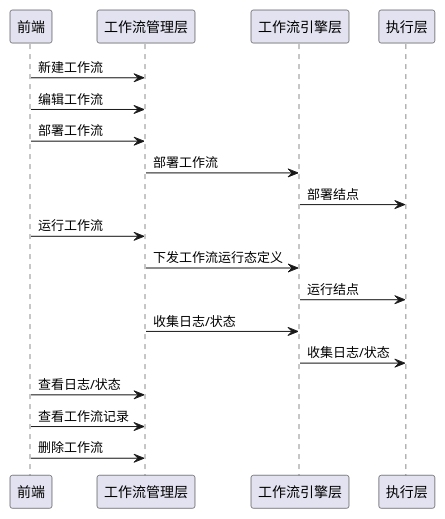
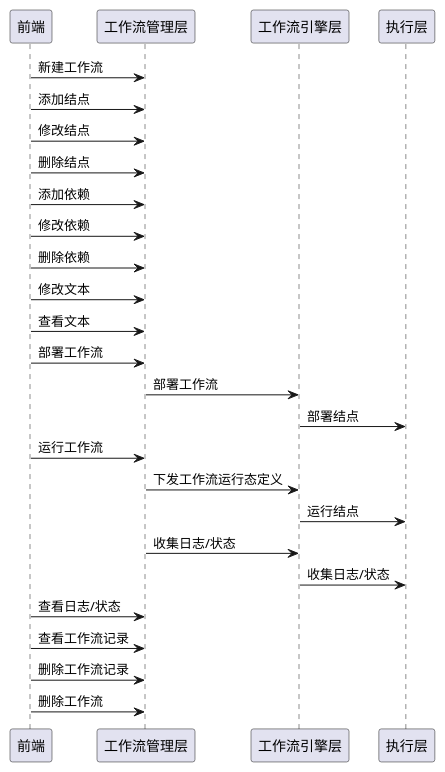
Before and after one commit to aganhui/test2: the first of 2 diagrams in src/site/notes/01-Diary/本周事务/工作流整体架构设计-v0.2.md, drawn with PlantUML. The commit also changed other lines of this file, not shown here.

````diff
--- a/src/site/notes/01-Diary/本周事务/工作流整体架构设计-v0.2.md
+++ b/src/site/notes/01-Diary/本周事务/工作流整体架构设计-v0.2.md
@@ -60,19 +60,27 @@
 ```plantuml
 participant 前端    as Foo2
 participant 工作流管理层     as Foo3
 participant 工作流引擎层           as Foo4
 participant 执行层    as Foo5
 Foo2 -> Foo3 : 新建工作流
-Foo2 -> Foo3 : 编辑工作流
+Foo2 -> Foo3 : 添加结点
+Foo2 -> Foo3 : 修改结点
+Foo2 -> Foo3 : 删除结点
+Foo2 -> Foo3 : 添加依赖
+Foo2 -> Foo3 : 修改依赖
+Foo2 -> Foo3 : 删除依赖
+Foo2 -> Foo3 : 修改文本
+Foo2 -> Foo3 : 查看文本
 Foo2 -> Foo3 : 部署工作流
 Foo3 -> Foo4 : 部署工作流
 Foo4 -> Foo5 : 部署结点
 Foo2 -> Foo3 : 运行工作流
 Foo3 -> Foo4 : 下发工作流运行态定义
 Foo4 -> Foo5 : 运行结点
 Foo3 -> Foo4 : 收集日志/状态
 Foo4 -> Foo5 : 收集日志/状态
 Foo2 -> Foo3 : 查看日志/状态
 Foo2 -> Foo3 : 查看工作流记录
+Foo2 -> Foo3 : 删除工作流记录
 Foo2 -> Foo3 : 删除工作流
 ```
````
